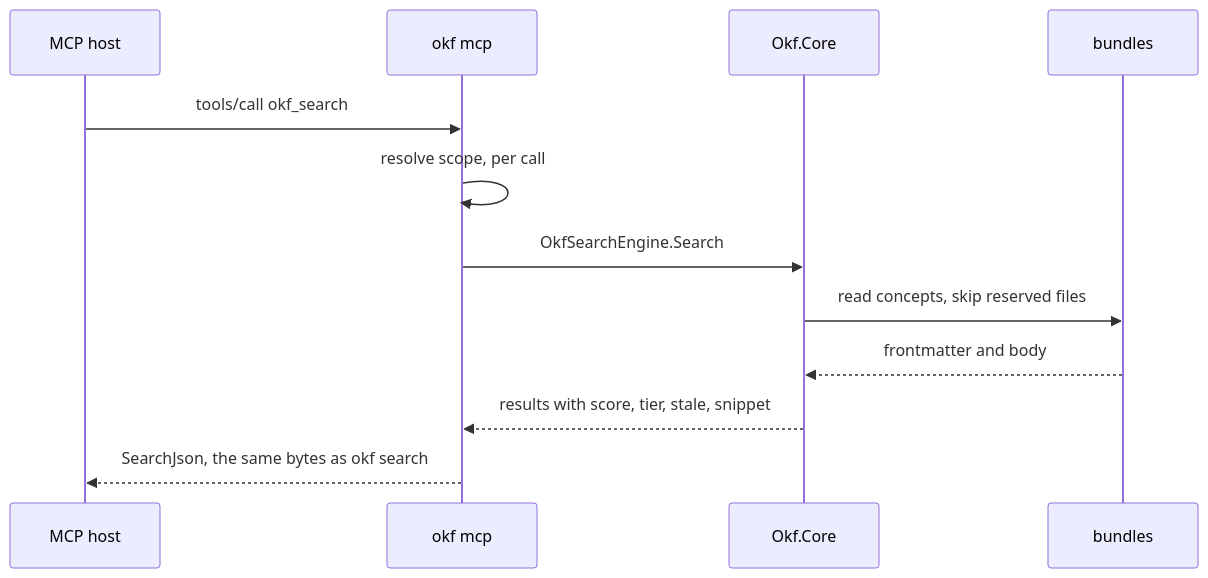
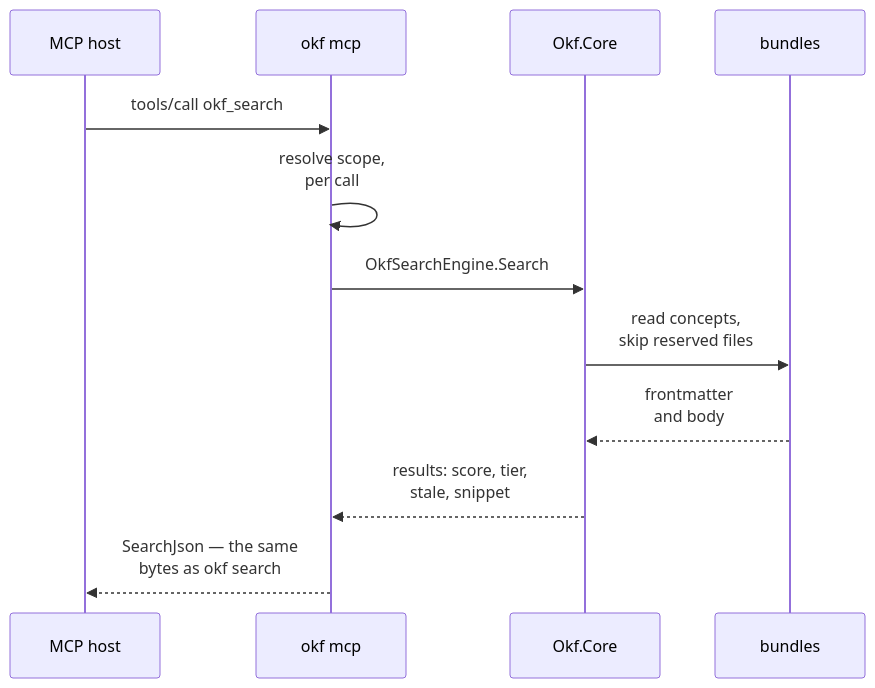
The sixth of 7 diagrams in docs/architecture.md (georgepharrison/okf-net), drawn with Mermaid before and after one commit. The commit also changed other lines of this file and 1 other file, not shown here.

First line of the commit message:
docs: correct the architecture-spine rules the code contradicts

````diff
--- a/docs/architecture.md
+++ b/docs/architecture.md
@@ -800,14 +851,14 @@
 ```mermaid
 sequenceDiagram
     participant H as MCP host
     participant S as okf mcp
     participant C as Okf.Core
     participant B as bundles
     H->>S: tools/call okf_search
-    S->>S: resolve scope, per call
+    S->>S: resolve scope,<br/>per call
     S->>C: OkfSearchEngine.Search
-    C->>B: read concepts, skip reserved files
-    B-->>C: frontmatter and body
-    C-->>S: results with score, tier, stale, snippet
-    S-->>H: SearchJson, the same bytes as okf search
+    C->>B: read concepts,<br/>skip reserved files
+    B-->>C: frontmatter<br/>and body
+    C-->>S: results: score, tier,<br/>stale, snippet
+    S-->>H: SearchJson — the same<br/>bytes as okf search
 ```
````
